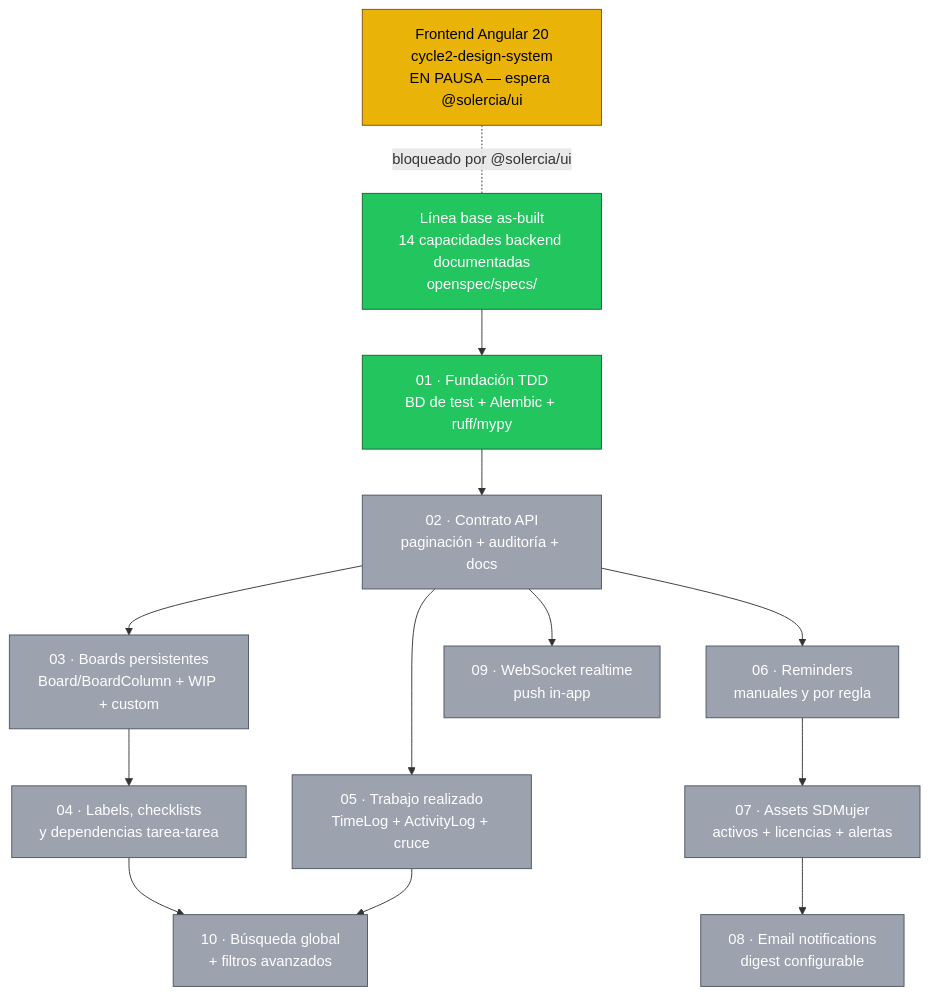
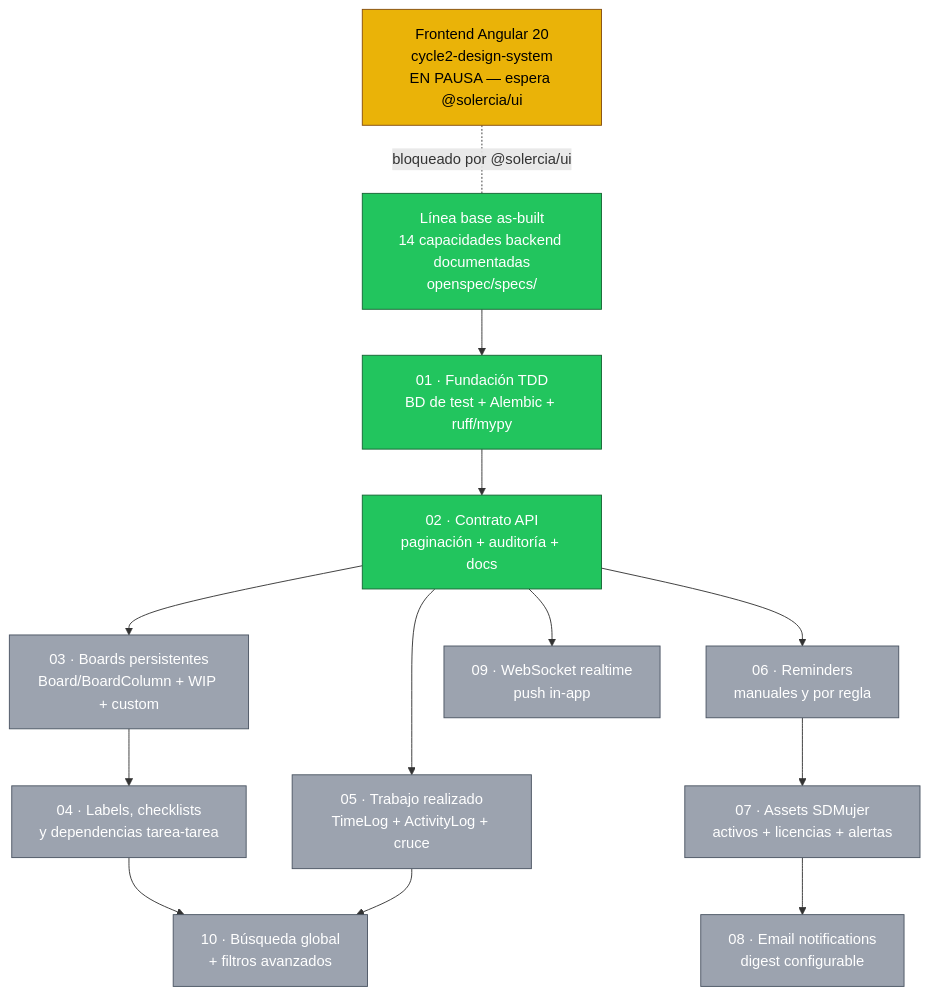
Before and after one commit to solercia-solutions/solercia-command: the diagram in openspec/AVANCE.md, drawn with Mermaid. The commit also changed other lines of this file and 9 other files, not shown here.

````diff
--- a/openspec/AVANCE.md
+++ b/openspec/AVANCE.md
@@ -9,37 +9,38 @@
 ```mermaid
 flowchart TD
     B0["Línea base as-built<br/>14 capacidades backend documentadas<br/>openspec/specs/"]
 
     C01["01 · Fundación TDD<br/>BD de test + Alembic + ruff/mypy"]
     C02["02 · Contrato API<br/>paginación + auditoría + docs"]
     C03["03 · Boards persistentes<br/>Board/BoardColumn + WIP + custom"]
     C04["04 · Labels, checklists<br/>y dependencias tarea-tarea"]
     C05["05 · Trabajo realizado<br/>TimeLog + ActivityLog + cruce"]
     C06["06 · Reminders<br/>manuales y por regla"]
     C07["07 · Assets SDMujer<br/>activos + licencias + alertas"]
     C08["08 · Email notifications<br/>digest configurable"]
     C09["09 · WebSocket realtime<br/>push in-app"]
     C10["10 · Búsqueda global<br/>+ filtros avanzados"]
 
     FE["Frontend Angular 20<br/>cycle2-design-system<br/>EN PAUSA — espera @solercia/ui"]
 
     B0 --> C01
     C01 --> C02
     C02 --> C03 --> C04
     C02 --> C05
     C02 --> C06 --> C07 --> C08
     C02 --> C09
     C04 --> C10
     C05 --> C10
 
     FE -.bloqueado por @solercia/ui.- B0
 
     class B0 done
     class C01 done
+    class C02 done
     class FE inprogress
-    class C02,C03,C04,C05,C06,C07,C08,C09,C10 pending
+    class C03,C04,C05,C06,C07,C08,C09,C10 pending
 
     classDef done fill:#22c55e,stroke:#166534,color:#ffffff
     classDef inprogress fill:#eab308,stroke:#854d0e,color:#000000
     classDef pending fill:#9ca3af,stroke:#4b5563,color:#ffffff
 ```
````
